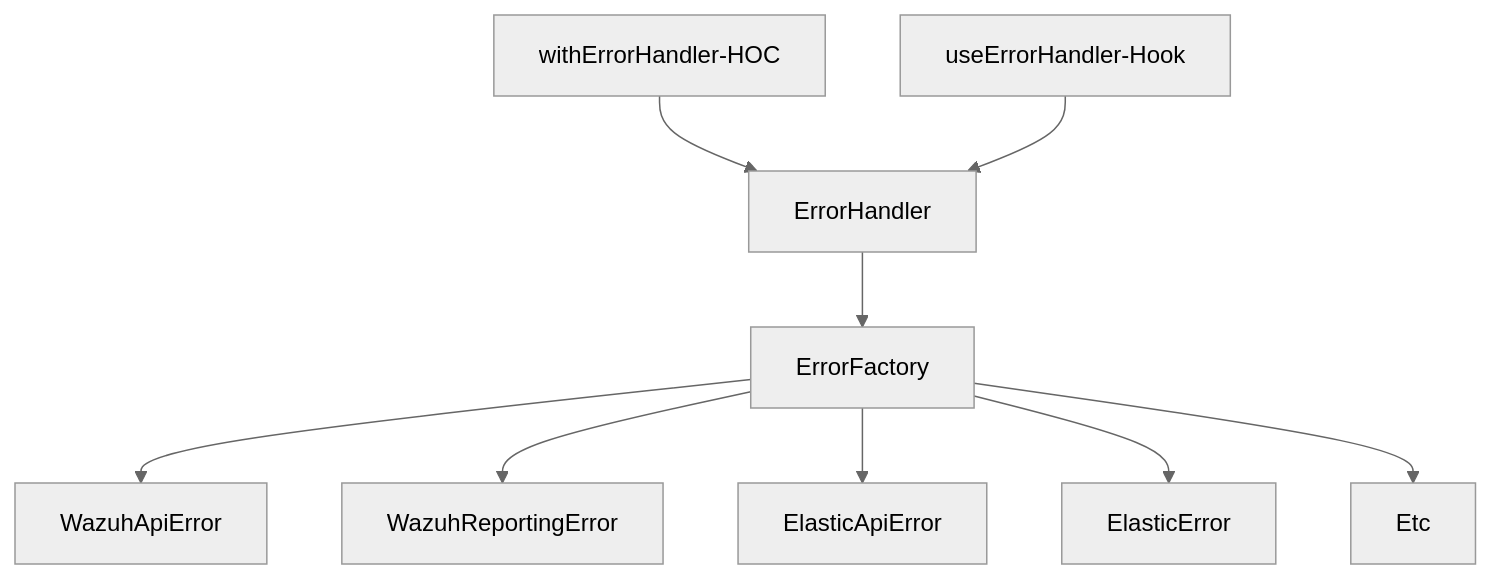
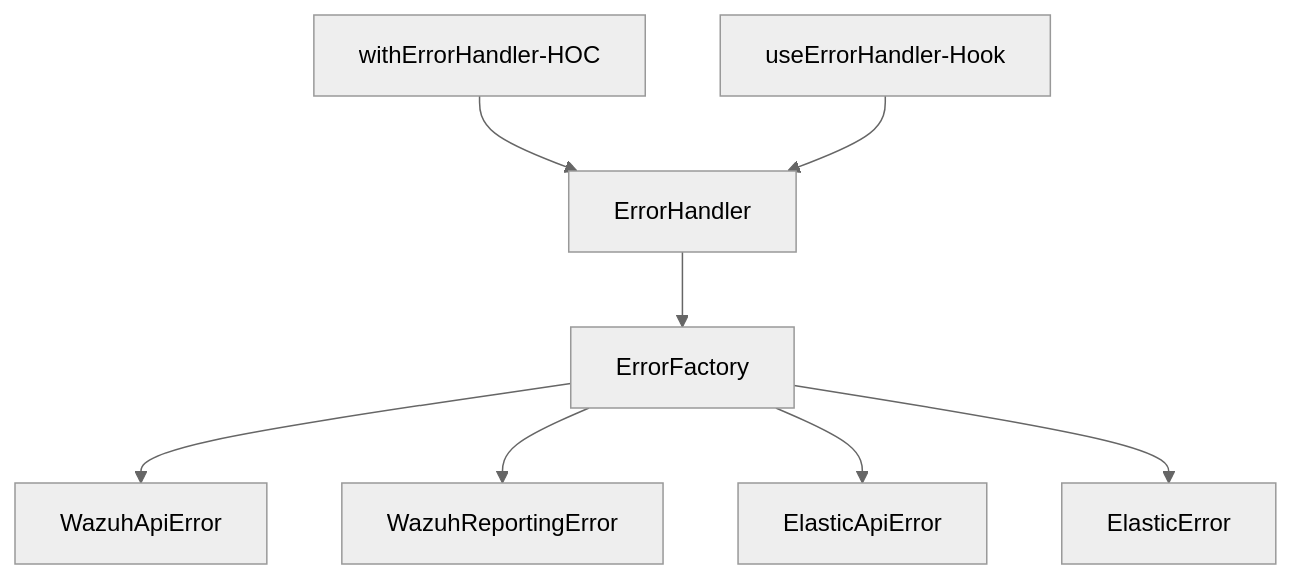
One commit to wazuh/wazuh-dashboard-plugins changed the first of 2 diagrams in public/react-services/error-management/README.md. Above: the diagram before and after it, drawn with Mermaid (neutral theme). The commit also changed other lines of this file and 2 other files, not shown here.

````diff
--- a/public/react-services/error-management/README.md
+++ b/public/react-services/error-management/README.md
@@ -14,11 +14,10 @@
 ```mermaid
 graph TD;
  withErrorHandler-HOC-->ErrorHandler
  useErrorHandler-Hook-->ErrorHandler
  ErrorHandler-->ErrorFactory
  ErrorFactory-->WazuhApiError
  ErrorFactory-->WazuhReportingError
  ErrorFactory-->ElasticApiError
  ErrorFactory-->ElasticError
- ErrorFactory-->Etc
 ```
````
